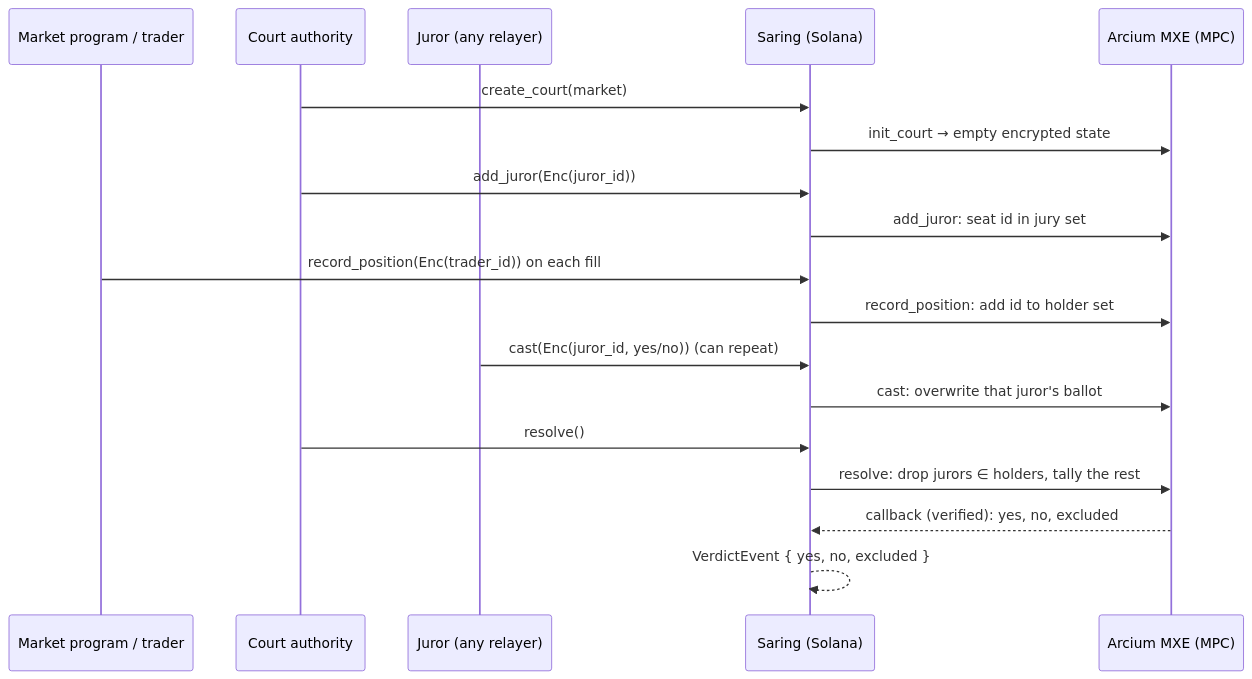
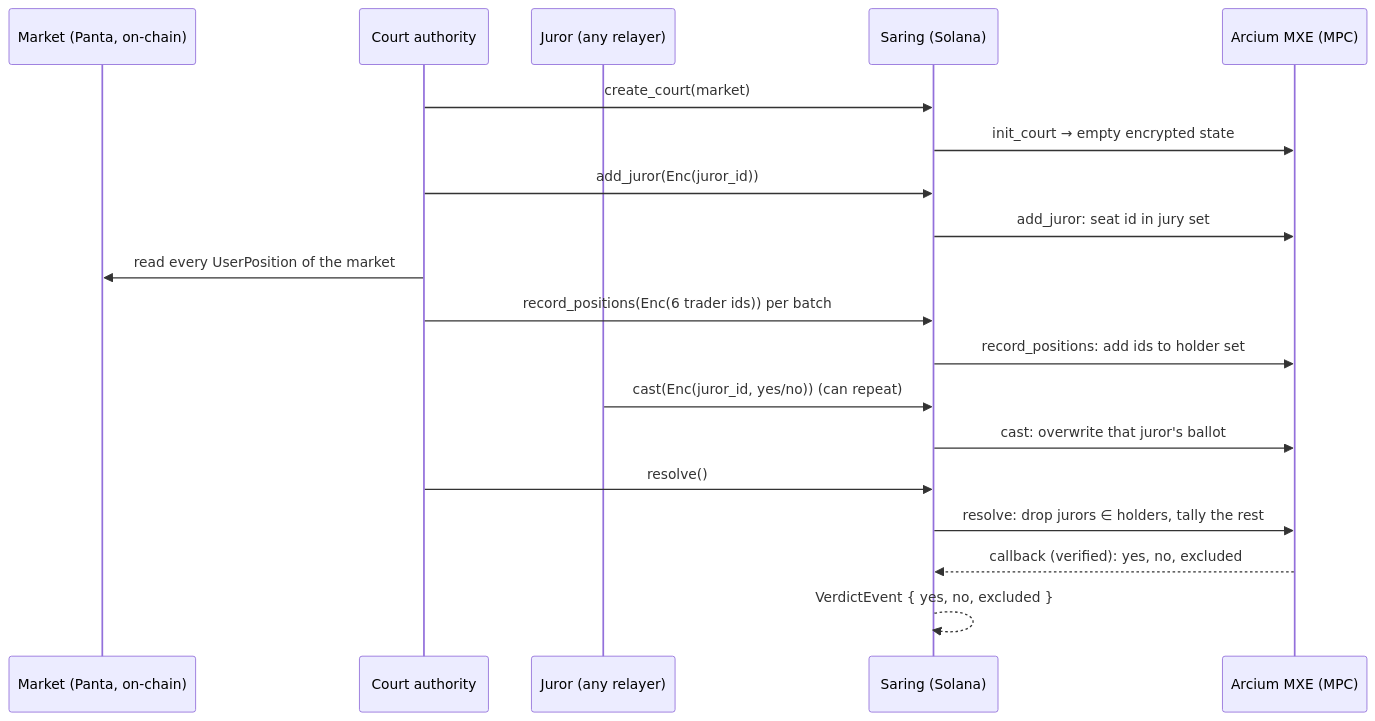
Before and after one commit to PugarHuda/saring: the diagram in README.md, drawn with Mermaid. The commit also changed other lines of this file and 2 other files, not shown here.

````diff
--- a/README.md
+++ b/README.md
@@ -30,21 +34,22 @@
 ```mermaid
 sequenceDiagram
-    participant M as Market program / trader
+    participant M as Market (Panta, on-chain)
     participant A as Court authority
     participant J as Juror (any relayer)
     participant P as Saring (Solana)
     participant X as Arcium MXE (MPC)
 
     A->>P: create_court(market)
     P->>X: init_court → empty encrypted state
     A->>P: add_juror(Enc(juror_id))
     P->>X: add_juror: seat id in jury set
-    M->>P: record_position(Enc(trader_id)) on each fill
-    P->>X: record_position: add id to holder set
+    A->>M: read every UserPosition of the market
+    A->>P: record_positions(Enc(6 trader ids)) per batch
+    P->>X: record_positions: add ids to holder set
     J->>P: cast(Enc(juror_id, yes/no))  (can repeat)
     P->>X: cast: overwrite that juror's ballot
     A->>P: resolve()
     P->>X: resolve: drop jurors ∈ holders, tally the rest
     X-->>P: callback (verified): yes, no, excluded
     P-->>P: VerdictEvent { yes, no, excluded }
 ```
````
